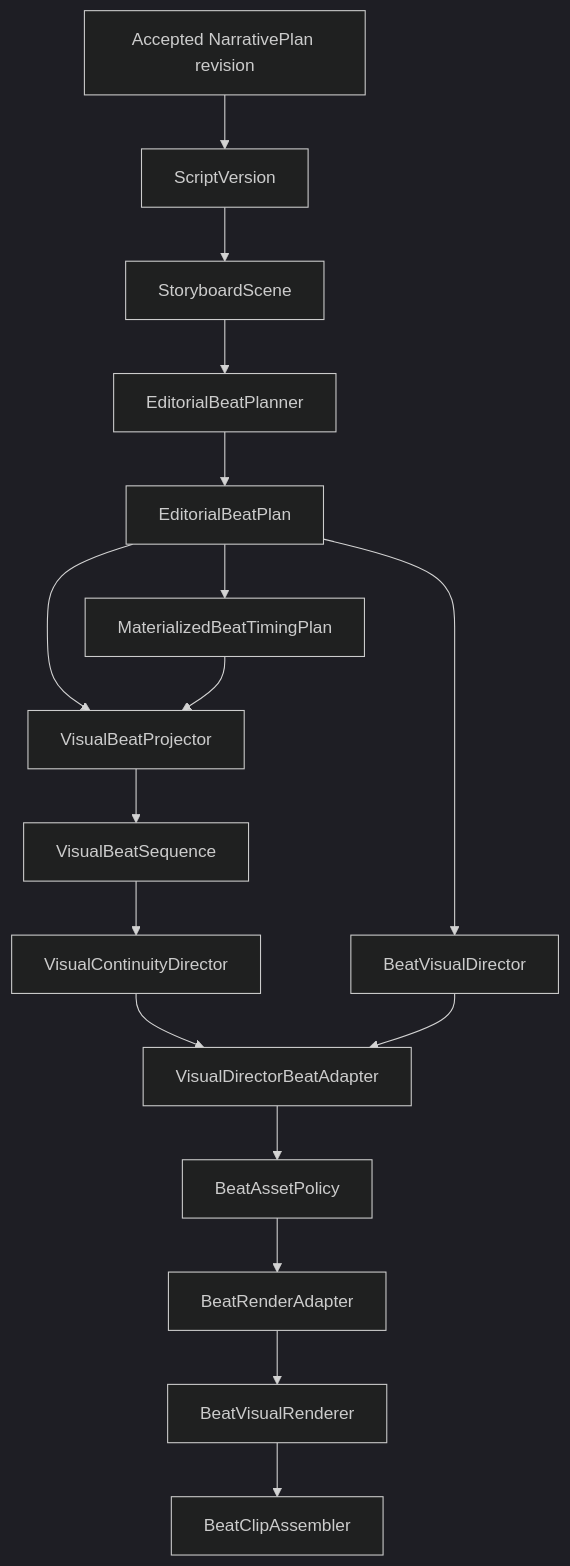
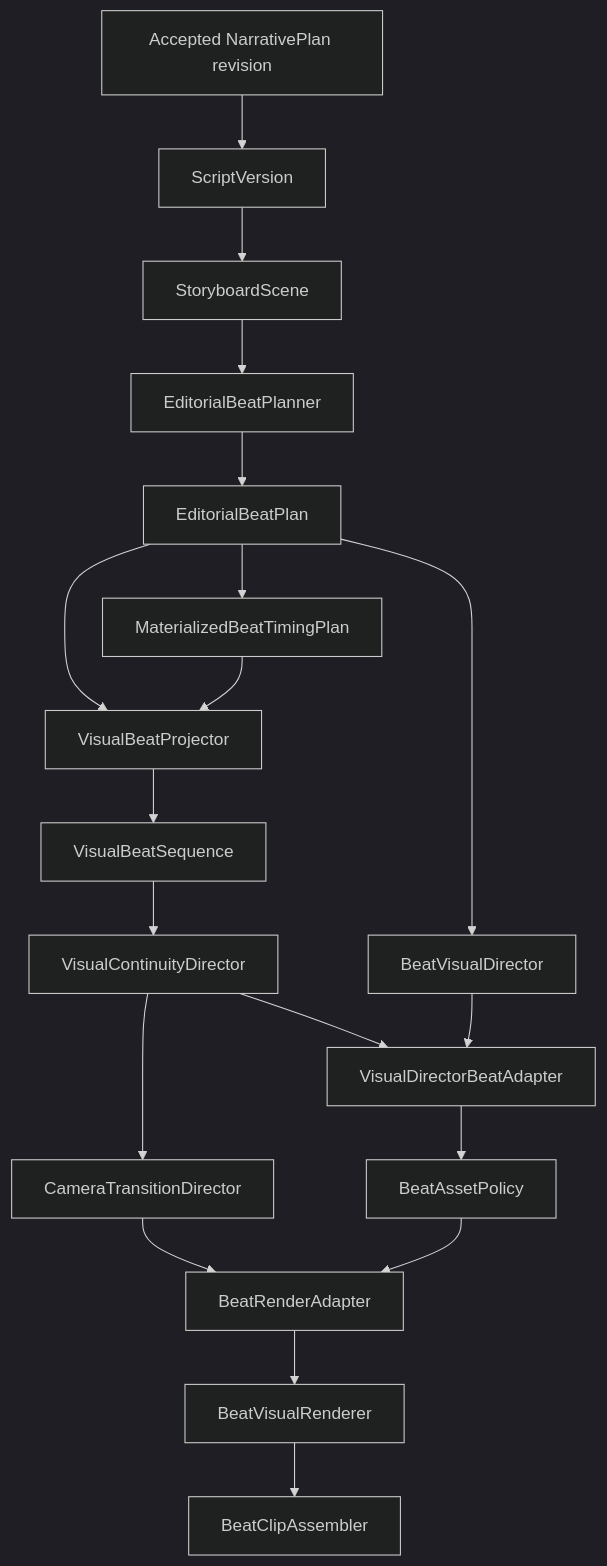
One commit to nguyenvantuan301207-sudo/OmegaContentEngine changed the diagram in docs/p22_visual_architecture.md. Above: the diagram before and after it, drawn with Mermaid (dark theme). The commit also changed other lines of this file and 10 other files, not shown here.

Commit message:
feat(visual): add camera and transition direction

````diff
--- a/docs/p22_visual_architecture.md
+++ b/docs/p22_visual_architecture.md
@@ -16,19 +16,21 @@
 ```mermaid
 flowchart TD
     Narrative["Accepted NarrativePlan revision"] --> Script["ScriptVersion"]
     Script --> Storyboard["StoryboardScene"]
     Storyboard --> Planner["EditorialBeatPlanner"]
     Planner --> Editorial["EditorialBeatPlan"]
     Editorial --> Timing["MaterializedBeatTimingPlan"]
     Editorial --> Projector["VisualBeatProjector"]
     Timing --> Projector
     Projector --> Visual["VisualBeatSequence"]
     Visual --> Continuity["VisualContinuityDirector"]
+    Continuity --> Camera["CameraTransitionDirector"]
     Editorial --> Direction["BeatVisualDirector"]
     Continuity --> Adapter["VisualDirectorBeatAdapter"]
     Direction --> Adapter
     Adapter --> AssetPolicy["BeatAssetPolicy"]
+    Camera --> RenderAdapter["BeatRenderAdapter"]
     AssetPolicy --> RenderAdapter["BeatRenderAdapter"]
     RenderAdapter --> Renderer["BeatVisualRenderer"]
     Renderer --> Assembler["BeatClipAssembler"]
 ```
````
